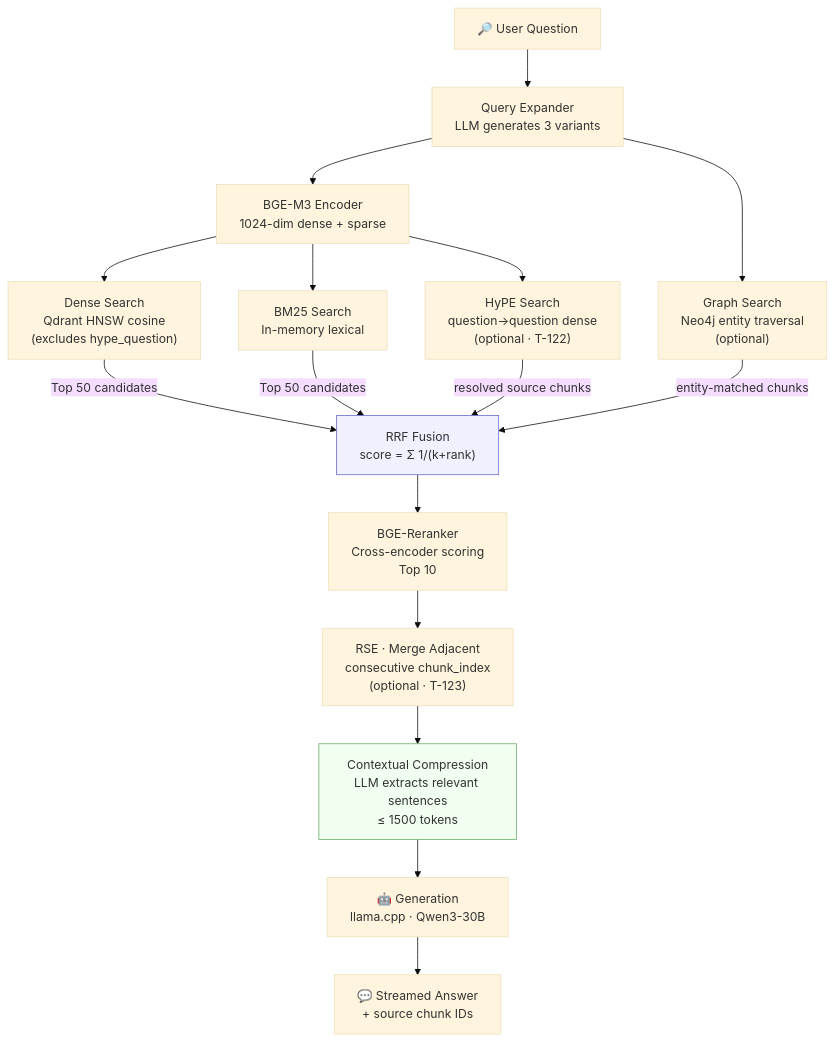
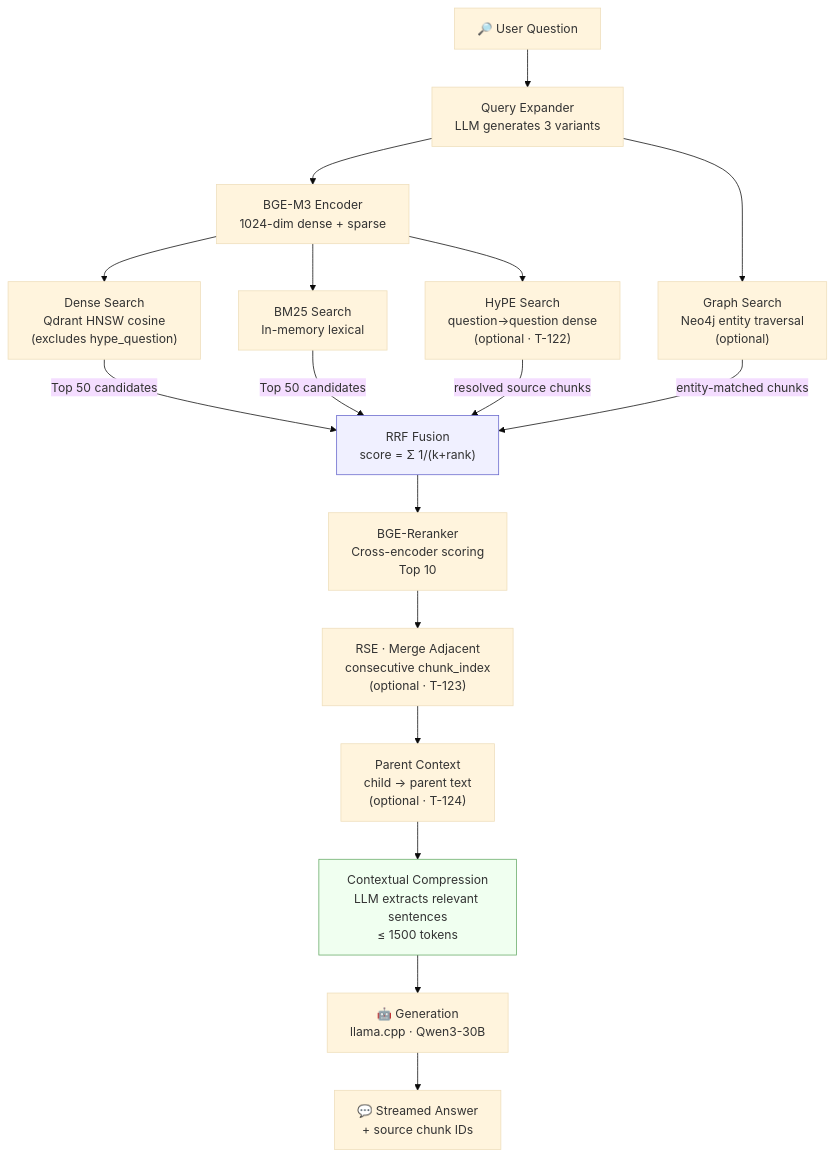
The seventh of 10 diagrams in README.md (ealbertoav/rag_platform), drawn with Mermaid (base theme) before and after one commit. The commit also changed other lines of this file and 16 other files, not shown here.

First line of the commit message:
feat: enrich parent-child chunking with context resolution and parent-aware compression

````diff
--- a/README.md
+++ b/README.md
@@ -1161,24 +1168,25 @@
 ```mermaid
 flowchart TD
     Q["🔎 User Question"] --> QE["Query Expander<br/>LLM generates 3 variants"]
     QE --> EMB["BGE-M3 Encoder<br/>1024-dim dense + sparse"]
 
     EMB --> DS["Dense Search<br/>Qdrant HNSW cosine<br/>(excludes hype_question)"]
     EMB --> BS["BM25 Search<br/>In-memory lexical"]
     EMB --> HS["HyPE Search<br/>question→question dense<br/>(optional · T-122)"]
     QE --> GS["Graph Search<br/>Neo4j entity traversal<br/>(optional)"]
 
     DS -->|Top 50 candidates| RRF["RRF Fusion<br/>score = Σ 1/(k+rank)"]
     BS -->|Top 50 candidates| RRF
     HS -->|resolved source chunks| RRF
     GS -->|entity-matched chunks| RRF
 
     RRF --> RR["BGE-Reranker<br/>Cross-encoder scoring<br/>Top 10"]
     RR --> RSE["RSE · Merge Adjacent<br/>consecutive chunk_index<br/>(optional · T-123)"]
-    RSE --> CTX["Contextual Compression<br/>LLM extracts relevant sentences<br/>≤ 1500 tokens"]
+    RSE --> PC["Parent Context<br/>child → parent text<br/>(optional · T-124)"]
+    PC --> CTX["Contextual Compression<br/>LLM extracts relevant sentences<br/>≤ 1500 tokens"]
     CTX --> GEN["🤖 Generation<br/>llama.cpp · Qwen3-30B"]
     GEN --> ANS["💬 Streamed Answer<br/>+ source chunk IDs"]
 
     style RRF fill:#f0f0ff,stroke:#6666cc
     style CTX fill:#f0fff0,stroke:#66aa66
 ```
````
